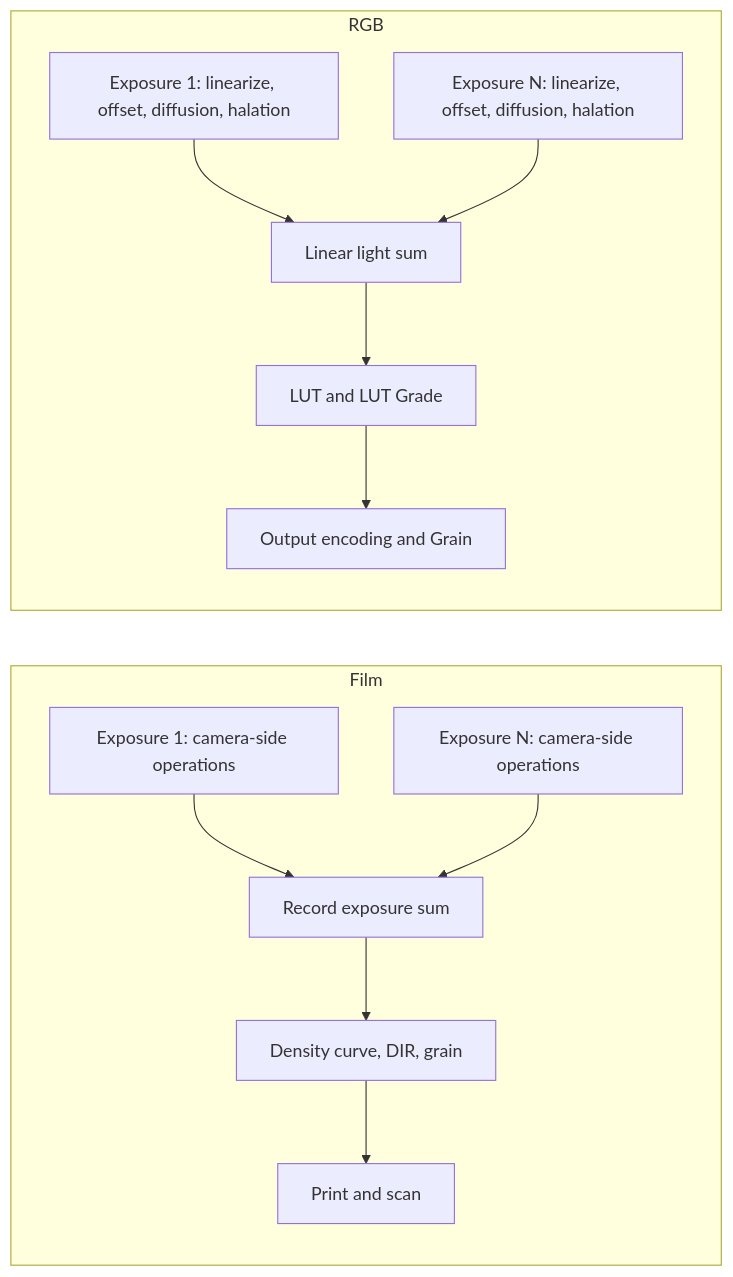
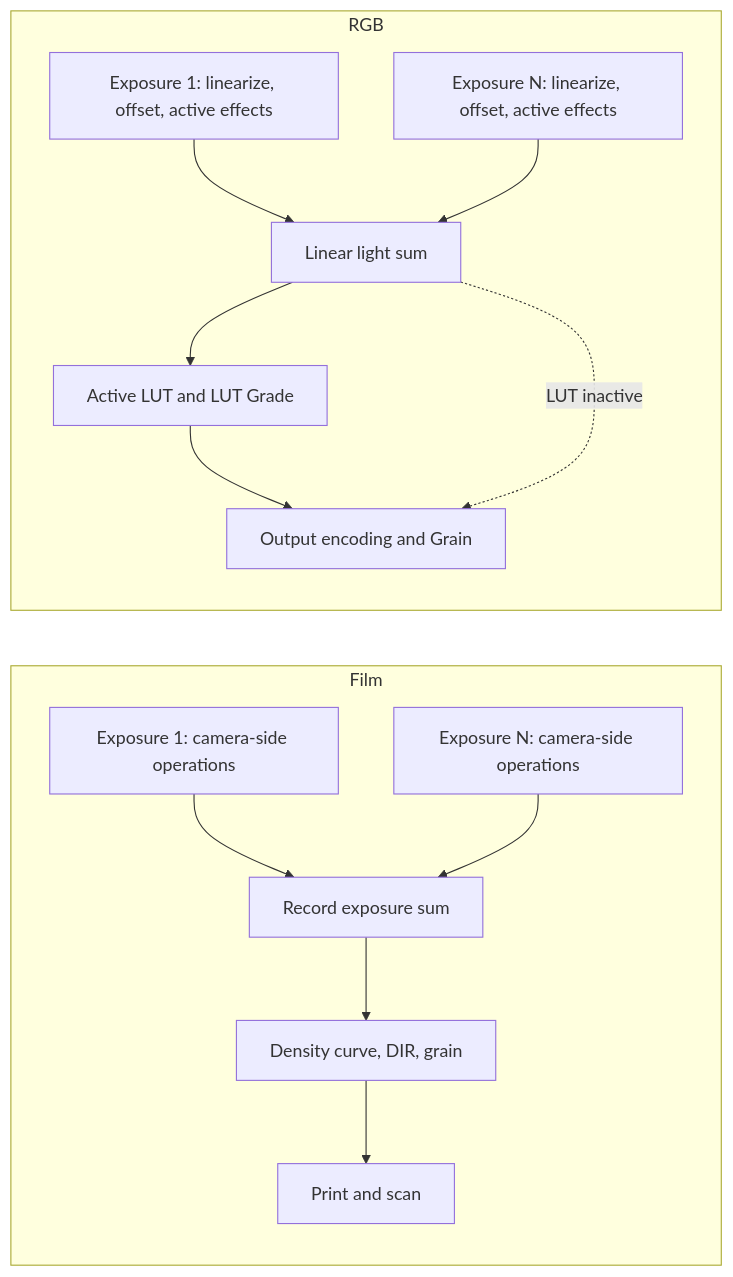
Before and after one commit to suraciii/spektrafilm-rs: the diagram in specs/multiple-exposure/design.md, drawn with Mermaid. The commit also changed other lines of this file and 7 other files, not shown here.

````diff
--- a/specs/multiple-exposure/design.md
+++ b/specs/multiple-exposure/design.md
@@ -14,15 +14,16 @@
 ```mermaid
 flowchart LR
   subgraph Film
     F1[Exposure 1: camera-side operations] --> FS[Record exposure sum]
     F2[Exposure N: camera-side operations] --> FS
     FS --> FD[Density curve, DIR, grain]
     FD --> FP[Print and scan]
   end
   subgraph RGB
-    R1[Exposure 1: linearize, offset, diffusion, halation] --> RS[Linear light sum]
-    R2[Exposure N: linearize, offset, diffusion, halation] --> RS
-    RS --> RL[LUT and LUT Grade]
+    R1[Exposure 1: linearize, offset, active effects] --> RS[Linear light sum]
+    R2[Exposure N: linearize, offset, active effects] --> RS
+    RS --> RL[Active LUT and LUT Grade]
     RL --> RO[Output encoding and Grain]
+    RS -. LUT inactive .-> RO
   end
 ```
````
